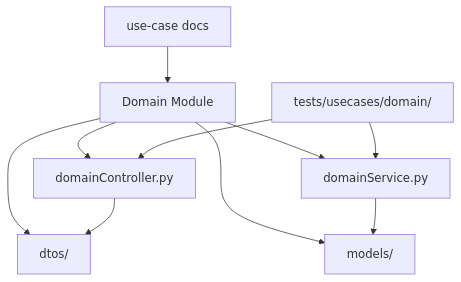
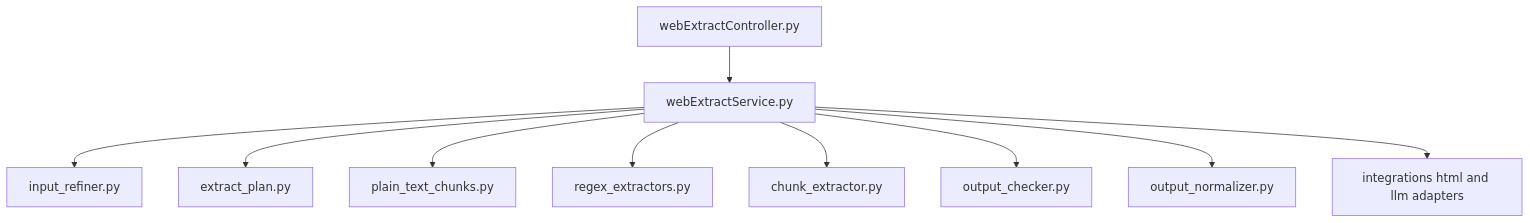
Before and after one commit to eqan/Interfaze-Project: the third of 3 diagrams in Backend/ARCHITECTURE.md, drawn with Mermaid. The commit also changed other lines of this file and 86 other files, not shown here.

````diff
--- a/Backend/ARCHITECTURE.md
+++ b/Backend/ARCHITECTURE.md
@@ -135,20 +91,23 @@
 ```mermaid
 flowchart TD
-    Domain[Domain Module]
-    Dto[dtos/]
-    Models[models/]
-    Controller[domainController.py]
-    Service[domainService.py]
-    Tests[tests/usecases/domain/]
-    Docs[use-case docs]
+    Controller[webExtractController.py]
+    Service[webExtractService.py]
+    Refiner[input_refiner.py]
+    Planner[extract_plan.py]
+    Text[plain_text_chunks.py]
+    Regex[regex_extractors.py]
+    Chunk[chunk_extractor.py]
+    Checker[output_checker.py]
+    Normalizer[output_normalizer.py]
+    Integrations[integrations html and llm adapters]
 
-    Domain --> Dto
-    Domain --> Models
-    Domain --> Controller
-    Domain --> Service
-    Controller --> Dto
-    Service --> Models
-    Tests --> Controller
-    Tests --> Service
-    Docs --> Domain
+    Controller --> Service
+    Service --> Refiner
+    Service --> Planner
+    Service --> Text
+    Service --> Regex
+    Service --> Chunk
+    Service --> Checker
+    Service --> Normalizer
+    Service --> Integrations
 ```
````
